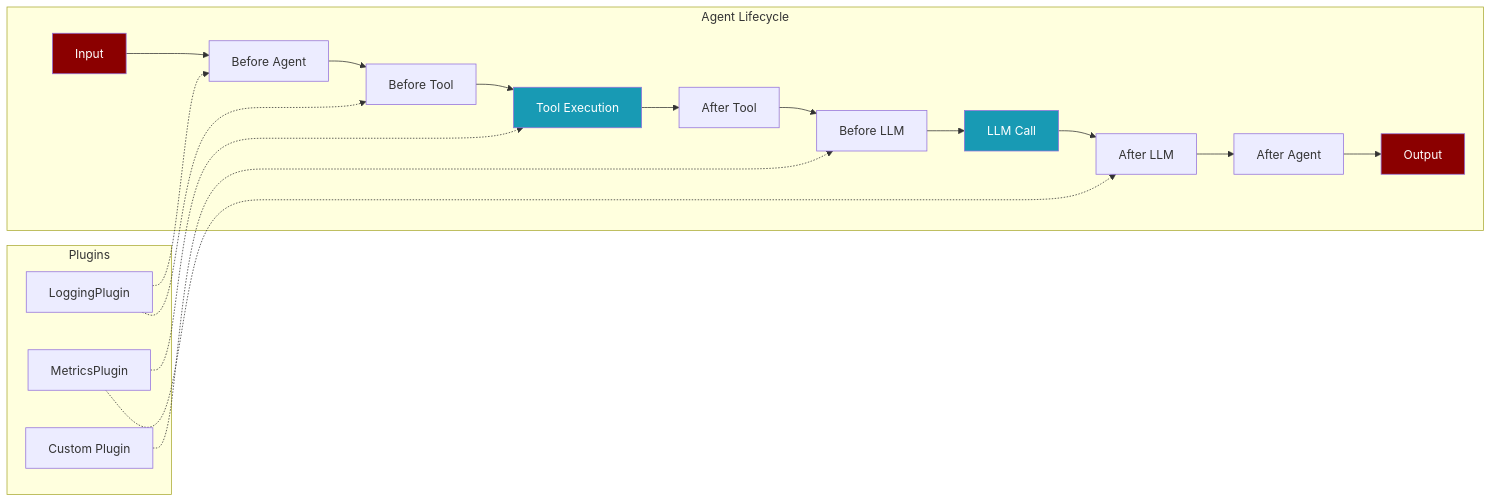
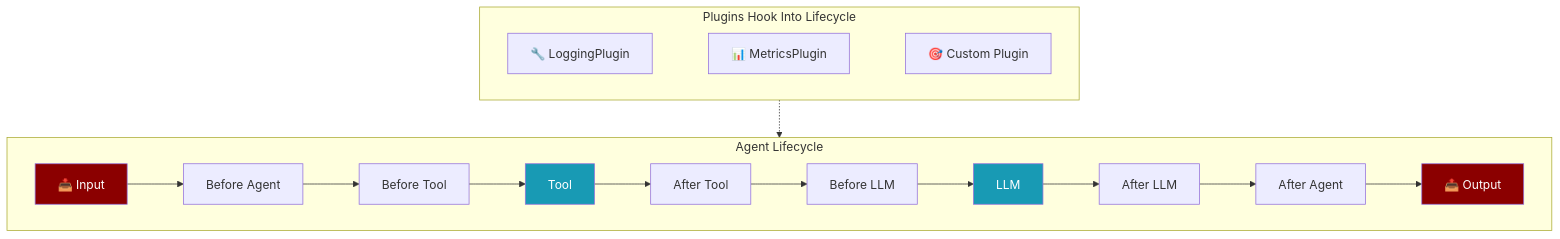
The first of 4 diagrams in docs/features/plugins.mdx (MervinPraison/PraisonAIDocs), drawn with Mermaid before and after one commit.

Commit message:
docs: improve plugins diagram layout for better horizontal display

````diff
--- a/docs/features/plugins.mdx
+++ b/docs/features/plugins.mdx
@@ -9,31 +9,20 @@
 ```mermaid
-flowchart LR
-    subgraph Agent["Agent Lifecycle"]
-        A[Input] --> B[Before Agent]
-        B --> C[Before Tool]
-        C --> D[Tool Execution]
-        D --> E[After Tool]
-        E --> F[Before LLM]
-        F --> G[LLM Call]
-        G --> H[After LLM]
-        H --> I[After Agent]
-        I --> J[Output]
+flowchart TB
+    subgraph lifecycle["Agent Lifecycle"]
+        direction LR
+        A[📥 Input] --> B[Before Agent] --> C[Before Tool] --> D[Tool] --> E[After Tool]
+        E --> F[Before LLM] --> G[LLM] --> H[After LLM] --> I[After Agent] --> J[📤 Output]
     end
     
-    subgraph Plugins["Plugins"]
-        P1[LoggingPlugin]
-        P2[MetricsPlugin]
-        P3[Custom Plugin]
+    subgraph plugins["Plugins Hook Into Lifecycle"]
+        direction LR
+        P1[🔧 LoggingPlugin] ~~~ P2[📊 MetricsPlugin] ~~~ P3[🎯 Custom Plugin]
     end
     
-    P1 -.-> B
-    P1 -.-> C
-    P2 -.-> D
-    P2 -.-> H
-    P3 -.-> F
+    plugins -.-> lifecycle
     
     style A fill:#8B0000,color:#fff
     style J fill:#8B0000,color:#fff
     style D fill:#189AB4,color:#fff
     style G fill:#189AB4,color:#fff
 ```
````
